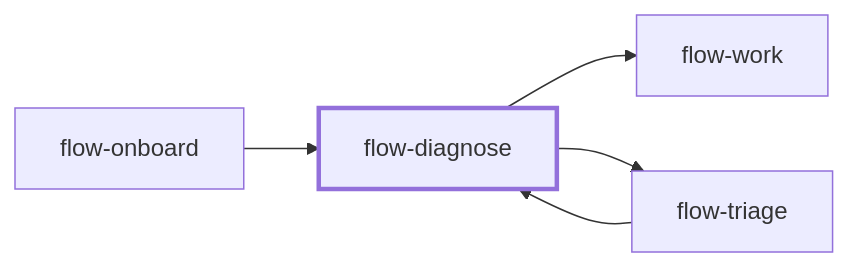
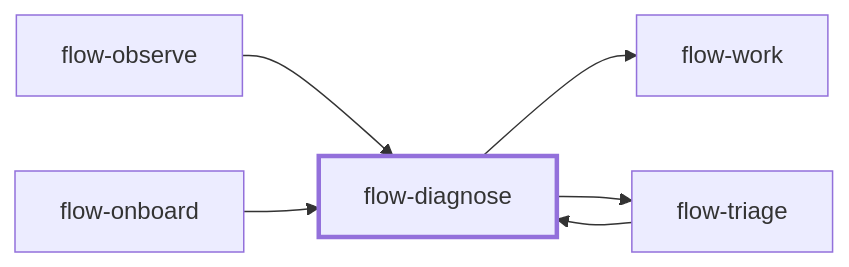
The diagram in docs/skills/flow-diagnose.md (emiliodominguez/flow-skills), drawn with Mermaid before and after one commit. The commit also changed other lines of this file and 76 other files, not shown here.

First line of the commit message:
feat(skills): add flow-api, flow-observe and flow-write-skill; trigger-first descriptions

````diff
--- a/docs/skills/flow-diagnose.md
+++ b/docs/skills/flow-diagnose.md
@@ -9,13 +9,15 @@
 ```mermaid
 flowchart LR
   flow_diagnose["flow-diagnose"]
+  flow_observe["flow-observe"]
   flow_onboard["flow-onboard"]
   flow_triage["flow-triage"]
   flow_work["flow-work"]
+  flow_observe --> flow_diagnose
   flow_onboard --> flow_diagnose
   flow_triage --> flow_diagnose
   flow_diagnose --> flow_work
   flow_diagnose --> flow_triage
   classDef focus stroke-width:3px
   class flow_diagnose focus
 ```
````
